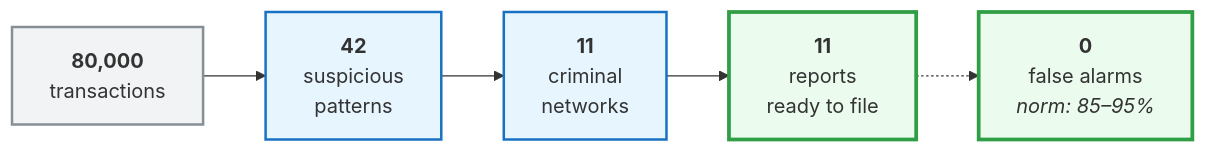
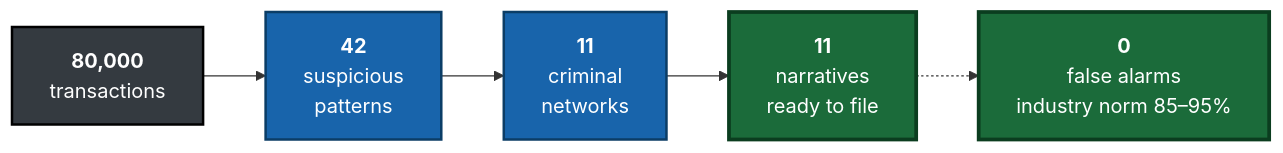
Before and after one commit to akarshncodes/chakravyuh: the sixth of 7 diagrams in README.md, drawn with Mermaid. The commit also changed other lines of this file, not shown here.

First line of the commit message:
docs: open with the hook, add solution mapping, add self-learning roadmap

````diff
--- a/README.md
+++ b/README.md
@@ -276,17 +348,19 @@
 ```mermaid
 flowchart LR
+    classDef raw fill:#343a40,stroke:#000000,stroke-width:2px,color:#ffffff
+    classDef mid fill:#1864ab,stroke:#0b3d66,stroke-width:2px,color:#ffffff
+    classDef good fill:#1b6b3a,stroke:#0b3d1f,stroke-width:3px,color:#ffffff
+
     A["<b>80,000</b><br/>transactions"]
     B["<b>42</b><br/>suspicious<br/>patterns"]
     C["<b>11</b><br/>criminal<br/>networks"]
-    D["<b>11</b><br/>reports<br/>ready to file"]
-    E["<b>0</b><br/>false alarms<br/><i>norm: 85–95%</i>"]
+    D["<b>11</b><br/>narratives<br/>ready to file"]
+    E["<b>0</b><br/>false alarms<br/>industry norm 85–95%"]
 
     A --> B --> C --> D
     D -.-> E
 
-    style A fill:#f1f3f5,stroke:#868e96,stroke-width:2px
-    style B fill:#e7f5ff,stroke:#1971c2,stroke-width:2px
-    style C fill:#e7f5ff,stroke:#1971c2,stroke-width:2px
-    style D fill:#ebfbee,stroke:#2f9e44,stroke-width:3px
-    style E fill:#ebfbee,stroke:#2f9e44,stroke-width:3px
+    class A raw
+    class B,C mid
+    class D,E good
 ```
````
